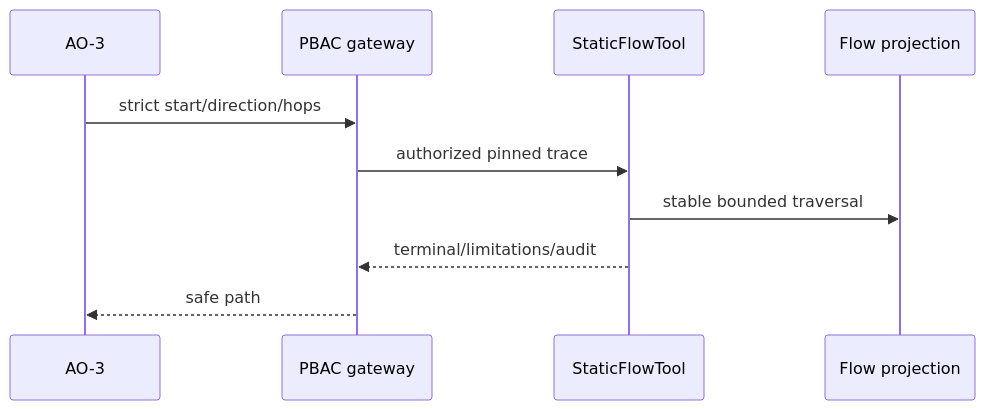
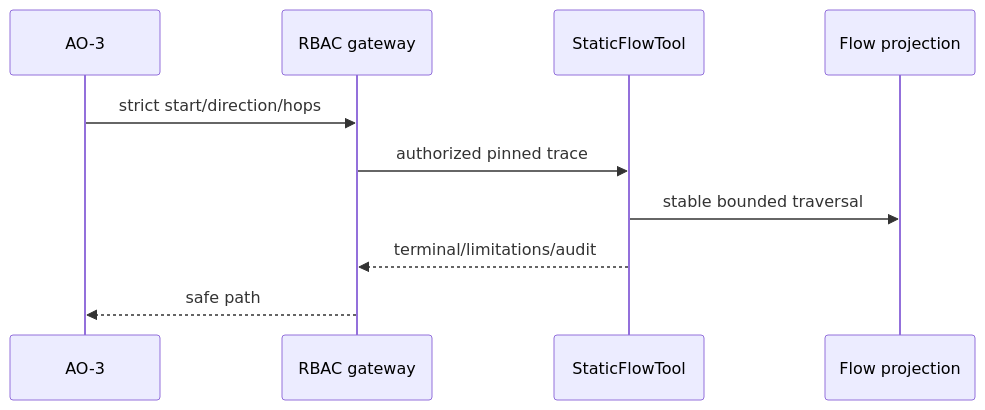
One commit to khovan123/LCSP changed the diagram in docs/implementation/tasks/modules/agentic-evidence-tools/packets/ao-2-06-trace-static-flow.md. Above: the diagram before and after it, drawn with Mermaid. The commit also changed other lines of this file and 519 other files, not shown here.

````diff
--- a/docs/implementation/tasks/modules/agentic-evidence-tools/packets/ao-2-06-trace-static-flow.md
+++ b/docs/implementation/tasks/modules/agentic-evidence-tools/packets/ao-2-06-trace-static-flow.md
@@ -43,12 +43,12 @@
 ```mermaid
 sequenceDiagram
  participant O as AO-3
- participant G as PBAC gateway
+ participant G as RBAC gateway
  participant H as StaticFlowTool
  participant P as Flow projection
  O->>G: strict start/direction/hops
  G->>H: authorized pinned trace
  H->>P: stable bounded traversal
  H-->>G: terminal/limitations/audit
  G-->>O: safe path
 ```
````
